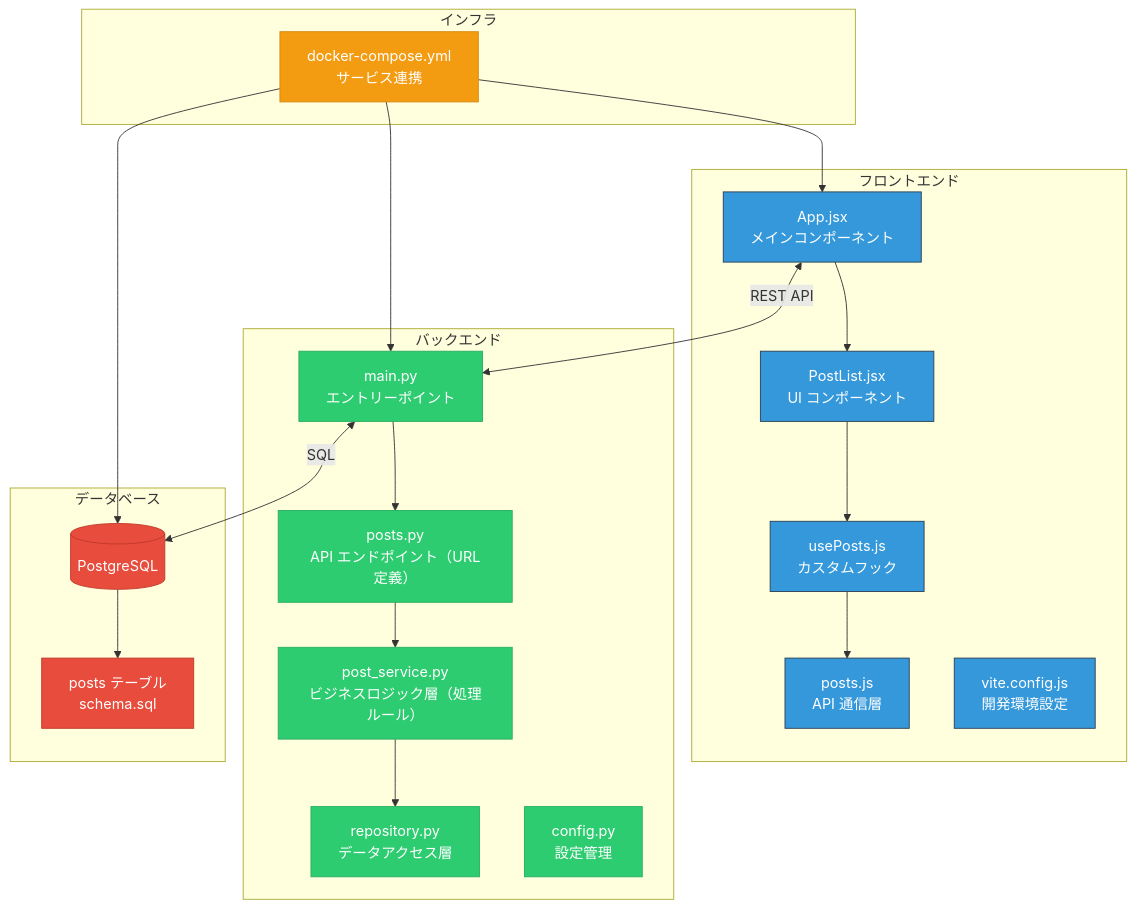
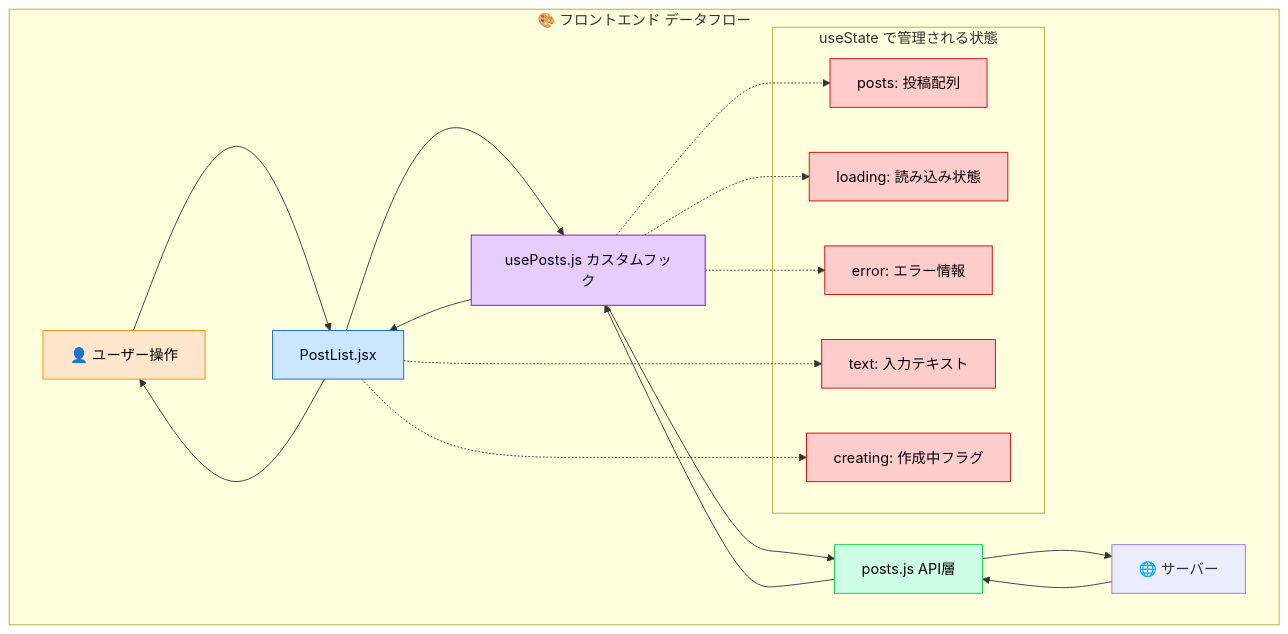
Before and after one commit to KITA-DS12/web-app-simple: diagram 11 of 29 in lecture-materials.md, drawn with Mermaid. The commit also changed other lines of this file and 13 other files, not shown here.

First line of the commit message:
fix: Mermaidシンタックスエラーの修正とフロントエンド設計説明の完成

````diff
--- a/lecture-materials.md
+++ b/lecture-materials.md
@@ -1158,50 +830,40 @@
 ```mermaid
 graph TB
-    subgraph "フロントエンド"
-        A[App.jsx<br/>メインコンポーネント]
-        A1[PostList.jsx<br/>UI コンポーネント]
-        A2[usePosts.js<br/>カスタムフック]
-        A3[posts.js<br/>API 通信層]
-        A4[vite.config.js<br/>開発環境設定]
+    subgraph "🎨 フロントエンド データフロー"
+        U[👤 ユーザー操作] --> UI[PostList.jsx]
+        UI --> H[usePosts.js カスタムフック]
+        H --> A[posts.js API層]
+        A --> S[🌐 サーバー]
+        
+        subgraph "useState で管理される状態"
+            ST1[posts: 投稿配列]
+            ST2[loading: 読み込み状態]
+            ST3[error: エラー情報]
+            ST4[text: 入力テキスト]
+            ST5[creating: 作成中フラグ]
+        end
+        
+        H -.-> ST1
+        H -.-> ST2
+        H -.-> ST3
+        UI -.-> ST4
+        UI -.-> ST5
+        
+        S --> A
+        A --> H
+        H --> UI
+        UI --> U
     end
     
-    subgraph "バックエンド"
-        B[main.py<br/>エントリーポイント]
-        B1[posts.py<br/>API エンドポイント（URL定義）]
-        B2[post_service.py<br/>ビジネスロジック層（処理ルール）]
-        B3[repository.py<br/>データアクセス層]
-        B4[config.py<br/>設定管理]
-    end
+    classDef user fill:#FFE6CC,stroke:#FF8800,color:#000
+    classDef component fill:#CCE6FF,stroke:#0066CC,color:#000
+    classDef hook fill:#E6CCFF,stroke:#8800CC,color:#000
+    classDef api fill:#CCFFE6,stroke:#00CC44,color:#000
+    classDef state fill:#FFCCCC,stroke:#CC0000,color:#000
     
-    subgraph "データベース"
-        C[(PostgreSQL)]
-        C1[posts テーブル<br/>schema.sql]
-    end
-    
-    subgraph "インフラ"
-        D[docker-compose.yml<br/>サービス連携]
-    end
-    
-    A <-->|REST API| B
-    B <-->|SQL| C
-    A --> A1
-    A1 --> A2
-    A2 --> A3
-    B --> B1
-    B1 --> B2
-    B2 --> B3
-    C --> C1
-    D --> A
-    D --> B
-    D --> C
-    
-    classDef frontend fill:#3498db,stroke:#2c3e50,color:#fff
-    classDef backend fill:#2ecc71,stroke:#27ae60,color:#fff
-    classDef database fill:#e74c3c,stroke:#c0392b,color:#fff
-    classDef infra fill:#f39c12,stroke:#d68910,color:#fff
-    
-    class A,A1,A2,A3,A4 frontend
-    class B,B1,B2,B3,B4 backend
-    class C,C1 database
-    class D infra
+    class U user
+    class UI component
+    class H hook
+    class A api
+    class ST1,ST2,ST3,ST4,ST5 state
 ```
````
